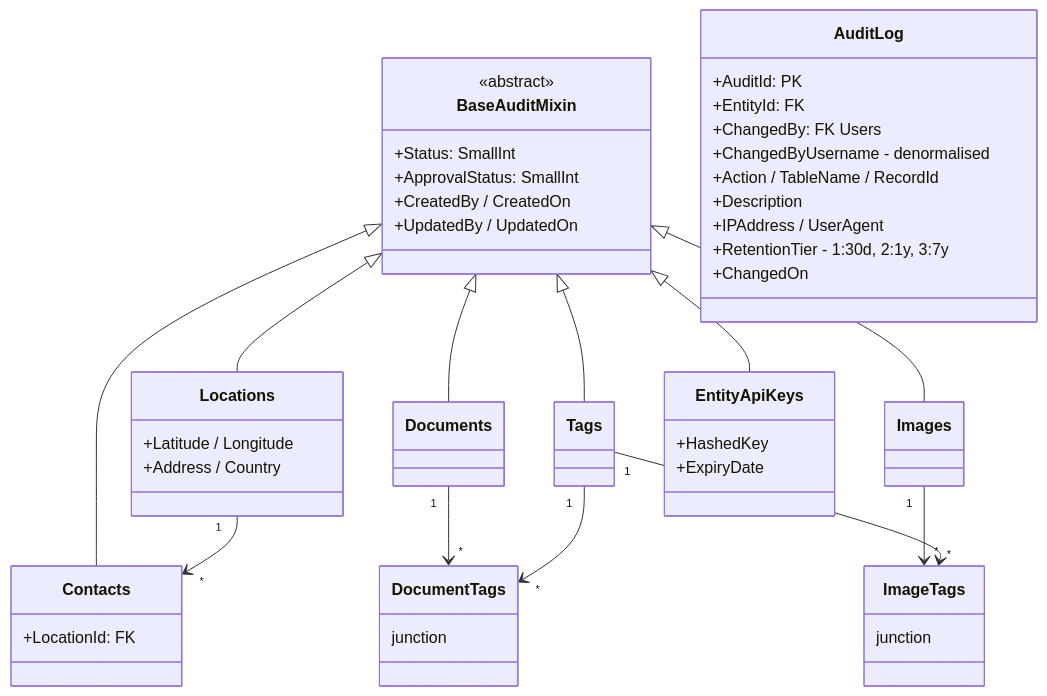
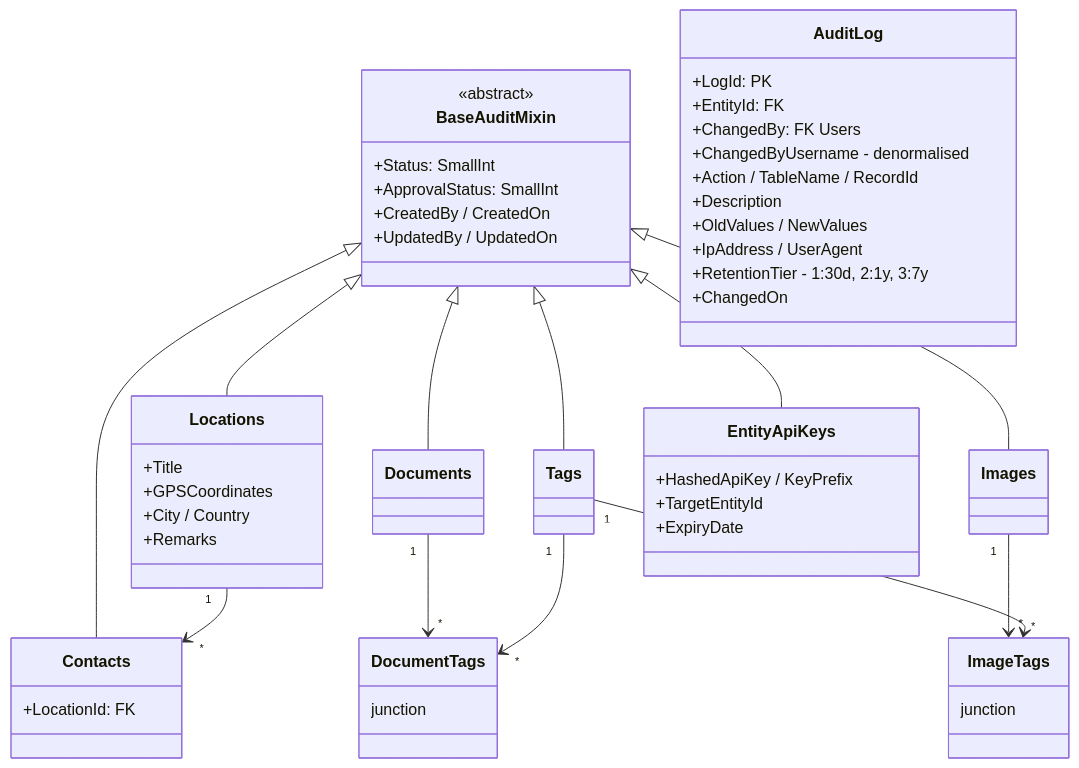
The sixth of 7 diagrams in docs/diagrams/uml/05-domain-platform.md (Software-Lifecycle-Consultants/SusDevOS-Pro), drawn with Mermaid before and after one commit. The commit also changed other lines of this file and 23 other files, not shown here.

````diff
--- a/docs/diagrams/uml/05-domain-platform.md
+++ b/docs/diagrams/uml/05-domain-platform.md
@@ -209,56 +224,60 @@
 ```mermaid
 classDiagram
     direction TB
 
     class BaseAuditMixin {
         <<abstract>>
         +Status: SmallInt
         +ApprovalStatus: SmallInt
         +CreatedBy / CreatedOn
         +UpdatedBy / UpdatedOn
     }
 
     class Locations {
-        +Latitude / Longitude
-        +Address / Country
+        +Title
+        +GPSCoordinates
+        +City / Country
+        +Remarks
     }
     class Tags
     class Contacts {
         +LocationId: FK
     }
     class Documents
     class Images
     class EntityApiKeys {
-        +HashedKey
+        +HashedApiKey / KeyPrefix
+        +TargetEntityId
         +ExpiryDate
     }
     class AuditLog {
-        +AuditId: PK
+        +LogId: PK
         +EntityId: FK
         +ChangedBy: FK Users
         +ChangedByUsername - denormalised
         +Action / TableName / RecordId
         +Description
-        +IPAddress / UserAgent
+        +OldValues / NewValues
+        +IpAddress / UserAgent
         +RetentionTier - 1:30d, 2:1y, 3:7y
         +ChangedOn
     }
     class DocumentTags {
         junction
     }
     class ImageTags {
         junction
     }
 
     BaseAuditMixin <|-- Locations
     BaseAuditMixin <|-- Tags
     BaseAuditMixin <|-- Contacts
     BaseAuditMixin <|-- Documents
     BaseAuditMixin <|-- Images
     BaseAuditMixin <|-- EntityApiKeys
     Documents "1" --> "*" DocumentTags
     Images "1" --> "*" ImageTags
     Tags "1" --> "*" DocumentTags
     Tags "1" --> "*" ImageTags
     Locations "1" --> "*" Contacts
 ```
````
